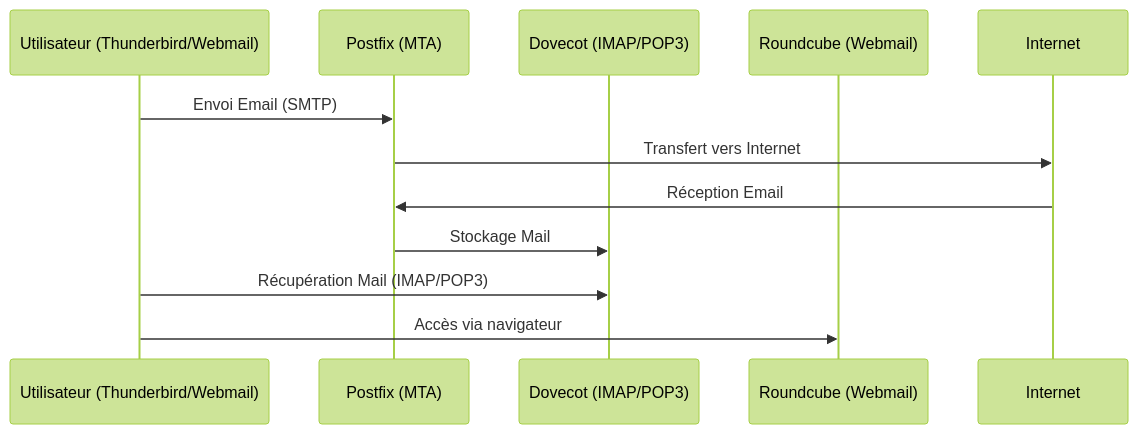
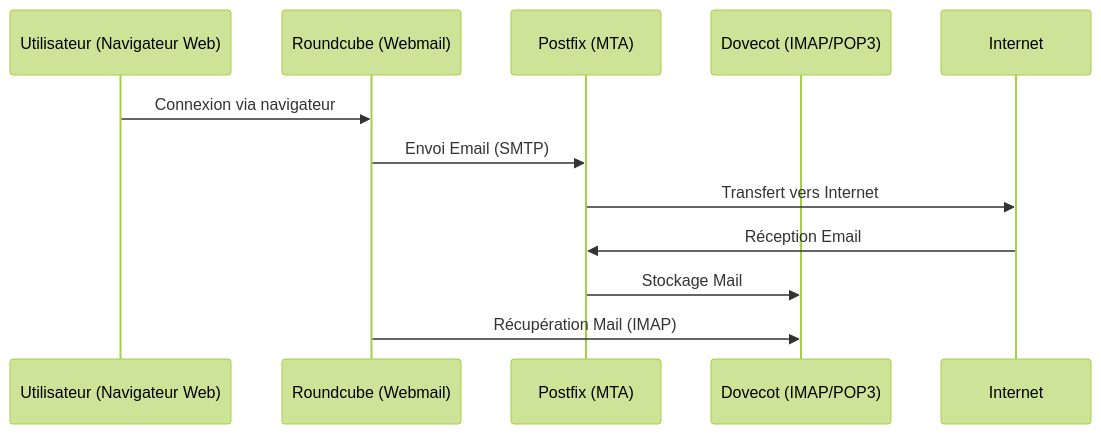
Before and after one commit to Mvleek227/Mon-portofolio: the second of 2 diagrams in README.md, drawn with Mermaid (forest theme).

````diff
--- a/README.md
+++ b/README.md
@@ -107,15 +107,16 @@
 ```mermaid
 sequenceDiagram
-    participant U as Utilisateur (Thunderbird/Webmail)
+    participant U as Utilisateur (Navigateur Web)
+    participant R as Roundcube (Webmail)
     participant P as Postfix (MTA)
     participant D as Dovecot (IMAP/POP3)
-    participant R as Roundcube (Webmail)
     participant I as Internet
 
-    U->>P: Envoi Email (SMTP)
+    U->>R: Connexion via navigateur
+    R->>P: Envoi Email (SMTP)
     P->>I: Transfert vers Internet
     I->>P: Réception Email
     P->>D: Stockage Mail
-    U->>D: Récupération Mail (IMAP/POP3)
-    U->>R: Accès via navigateur
+    R->>D: Récupération Mail (IMAP)
+
 ```
````
